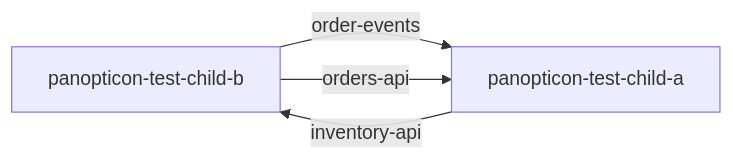
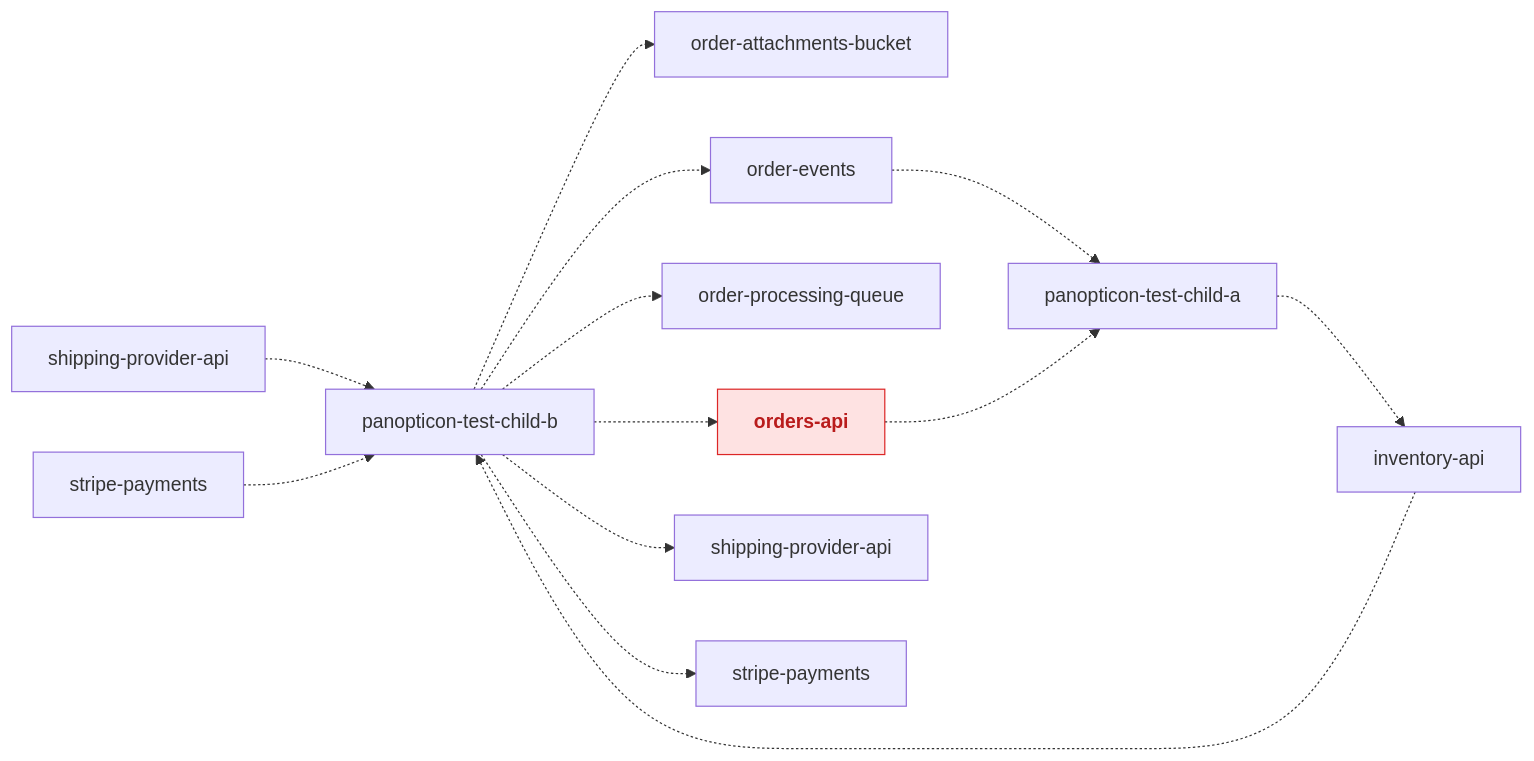
The second of 2 diagrams in docs/architecture.md (industrial-curiosity/panopticon-test), drawn with Mermaid before and after one commit. The commit also changed other lines of this file and 10 other files, not shown here.

Commit message:
panopticon: sync panopticon-test-child-a @ 487b871b76b3c220faf6be2f6c367a9d8a6be0c6

````diff
--- a/docs/architecture.md
+++ b/docs/architecture.md
@@ -43,8 +56,28 @@
 ```mermaid
 graph LR
     repo_panopticon_test_child_b["panopticon-test-child-b"]
     repo_panopticon_test_child_a["panopticon-test-child-a"]
-    repo_panopticon_test_child_a -->|inventory-api| repo_panopticon_test_child_b
-    repo_panopticon_test_child_b -->|order-events| repo_panopticon_test_child_a
-    repo_panopticon_test_child_b -->|orders-api| repo_panopticon_test_child_a
+    repo_resource_inventory_api_rest["inventory-api"]
+    repo_panopticon_test_child_a -.-> repo_resource_inventory_api_rest
+    repo_resource_inventory_api_rest -.-> repo_panopticon_test_child_b
+    repo_resource_order_attachments_bucket_s3["order-attachments-bucket"]
+    repo_panopticon_test_child_b -.-> repo_resource_order_attachments_bucket_s3
+    repo_resource_order_events_kafka["order-events"]
+    repo_panopticon_test_child_b -.-> repo_resource_order_events_kafka
+    repo_resource_order_events_kafka -.-> repo_panopticon_test_child_a
+    repo_resource_order_processing_queue_sqs["order-processing-queue"]
+    repo_panopticon_test_child_b -.-> repo_resource_order_processing_queue_sqs
+    repo_resource_orders_api_rest["orders-api"]
+    class repo_resource_orders_api_rest conflictResource
+    repo_panopticon_test_child_b -.-> repo_resource_orders_api_rest
+    repo_resource_orders_api_rest -.-> repo_panopticon_test_child_a
+    repo_resource_shipping_provider_api_rest["shipping-provider-api"]
+    repo_resource_shipping_provider_api_rest -.-> repo_panopticon_test_child_b
+    repo_resource_shipping_provider_api_webhook["shipping-provider-api"]
+    repo_panopticon_test_child_b -.-> repo_resource_shipping_provider_api_webhook
+    repo_resource_stripe_payments_rest["stripe-payments"]
+    repo_resource_stripe_payments_rest -.-> repo_panopticon_test_child_b
+    repo_resource_stripe_payments_webhook["stripe-payments"]
+    repo_panopticon_test_child_b -.-> repo_resource_stripe_payments_webhook
+    classDef conflictResource fill:#fee2e2,stroke:#dc2626,color:#b91c1c,font-weight:bold
 ```
````
